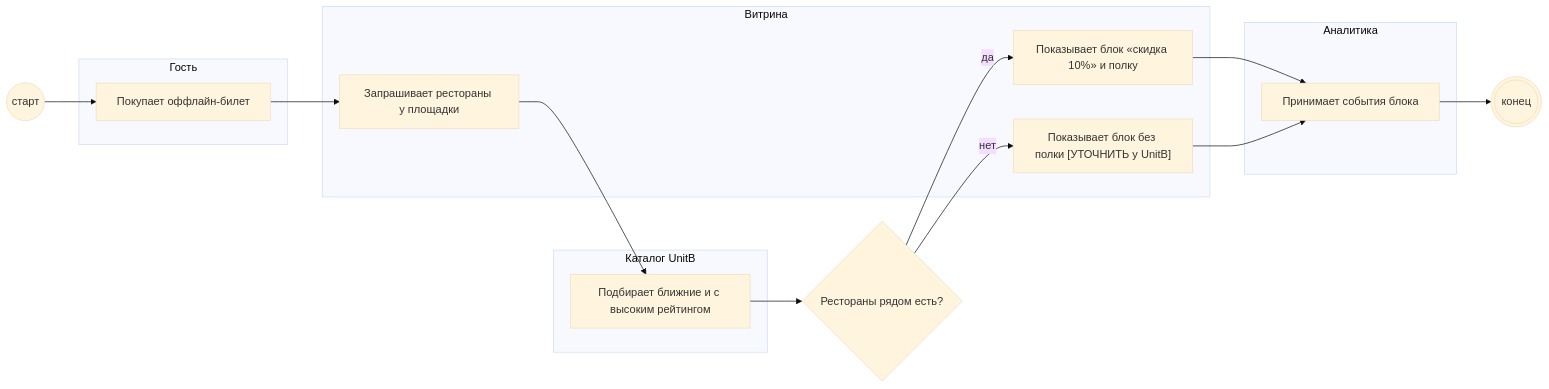
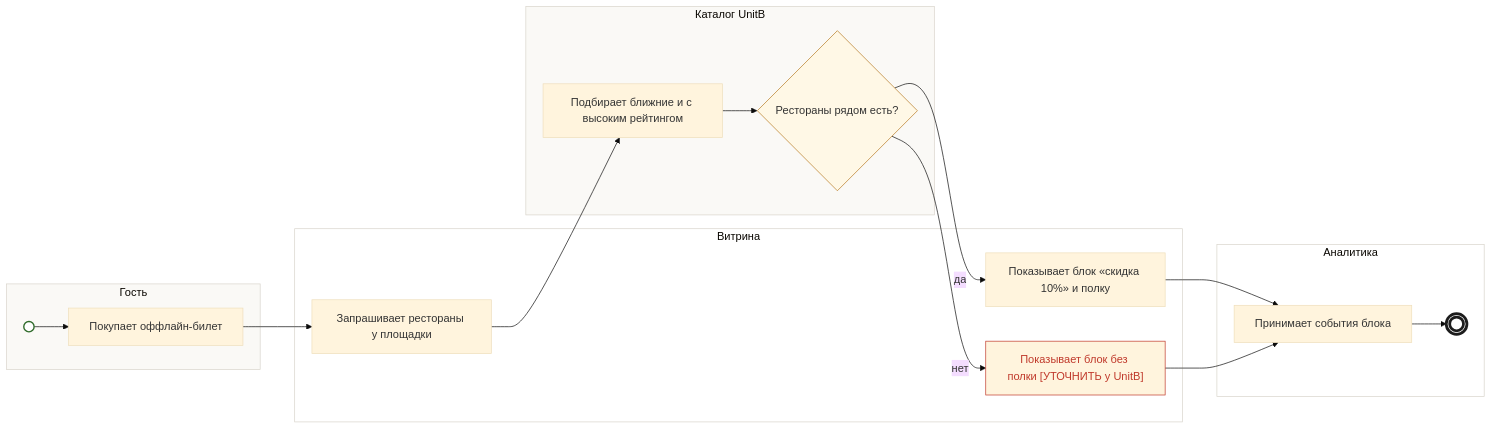
The diagram in skills/bft-blueprint/examples/dineclub-restart-blueprint/backlog/tasks/bp-5.1 - Страница-после-оплаты-показывает-блок-акции-и-полку-ресторанов.md (po-helper-org/poh-blueprint-writer), drawn with Mermaid (base theme) before and after one commit. The commit also changed 79 other files, not shown here.

First line of the commit message:
Карточка «Как это работает»: компактная заметка, схема mermaid, «Уточнить», источники

````diff
--- a/skills/bft-blueprint/examples/dineclub-restart-blueprint/backlog/tasks/bp-5.1 - Страница-после-оплаты-показывает-блок-акции-и-полку-ресторанов.md
+++ b/skills/bft-blueprint/examples/dineclub-restart-blueprint/backlog/tasks/bp-5.1 - Страница-после-оплаты-показывает-блок-акции-и-полку-ресторанов.md
@@ -46,29 +46,41 @@
 ```mermaid
 flowchart LR
-  S(("старт"))
   subgraph L1["Гость"]
+    S((" "))
     N1["Покупает оффлайн-билет"]
   end
   subgraph L2["Витрина"]
     N2["Запрашивает рестораны у площадки"]
     N5["Показывает блок «скидка 10%» и полку"]
     N6["Показывает блок без полки [УТОЧНИТЬ у UnitB]"]
   end
   subgraph L3["Каталог UnitB"]
     N3["Подбирает ближние и с высоким рейтингом"]
+    G4{"Рестораны рядом есть?"}
   end
   subgraph L4["Аналитика"]
     N7["Принимает события блока"]
+    E(((" ")))
   end
-  G4{"Рестораны рядом есть?"}
-  E((("конец")))
   S --> N1
   N1 --> N2
   N2 --> N3
   N3 --> G4
   G4 -- да --> N5
   G4 -- нет --> N6
   N5 --> N7
   N6 --> N7
   N7 --> E
+  classDef start fill:#fff,stroke:#2f6b2a,stroke-width:2px
+  classDef stop fill:#fff,stroke:#1c1c1c,stroke-width:4px
+  classDef gw fill:#fff8e6,stroke:#b7791f
+  classDef ask color:#c0392b,stroke:#c0392b
+  class S start
+  class E stop
+  class G4 gw
+  class N6 ask
+  style L1 fill:#faf9f6,stroke:#d8d4cb
+  style L2 fill:#ffffff,stroke:#d8d4cb
+  style L3 fill:#faf9f6,stroke:#d8d4cb
+  style L4 fill:#ffffff,stroke:#d8d4cb
 ```
````
